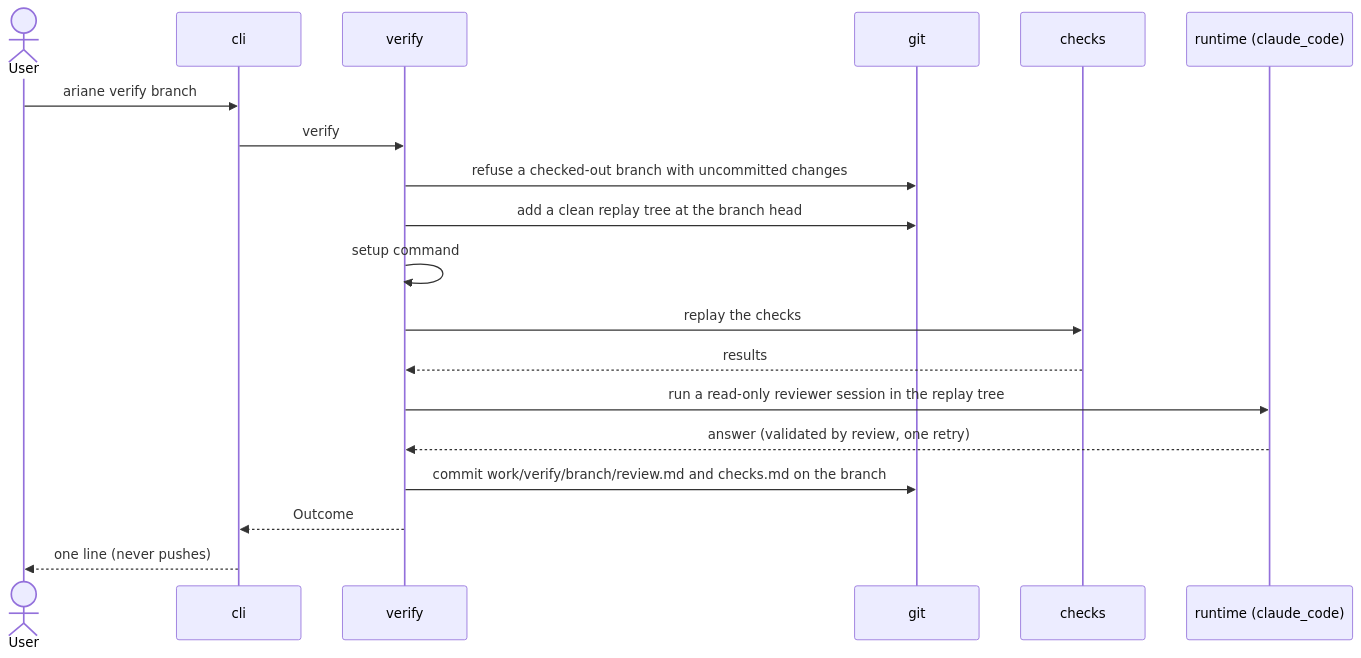
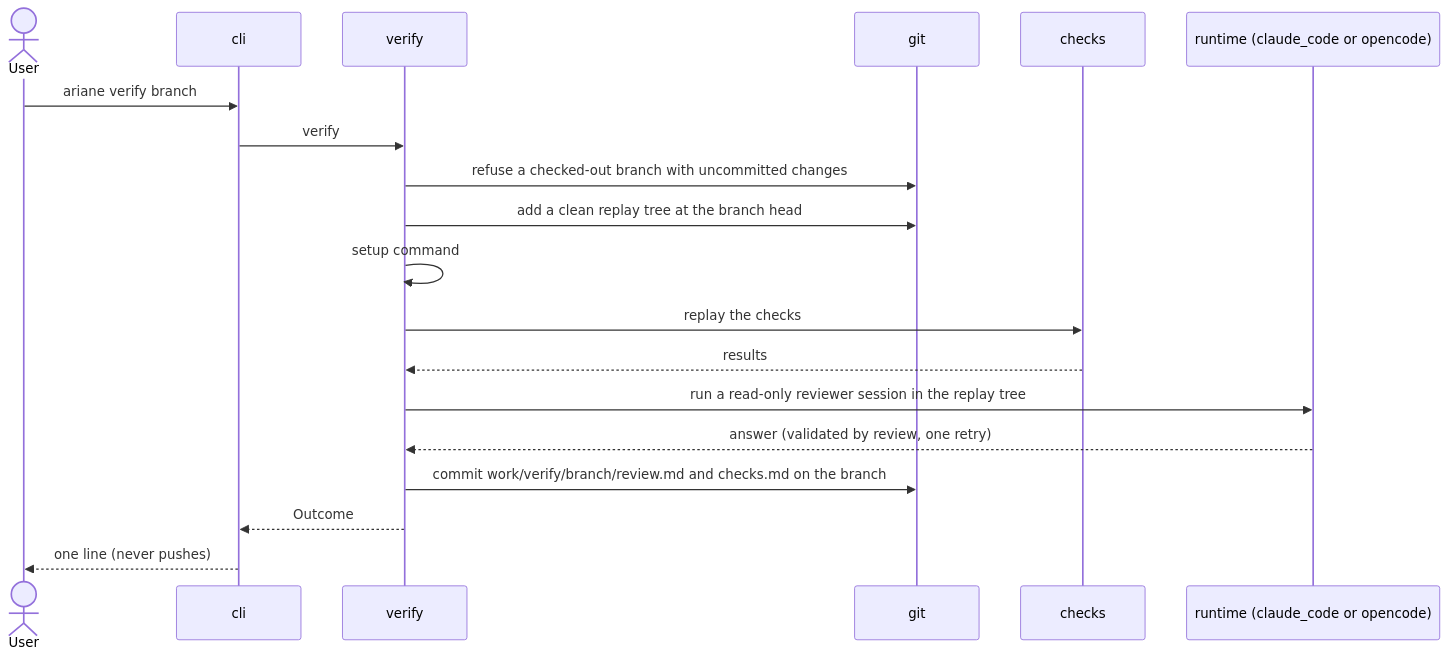
The third of 3 diagrams in docs/architecture/3-components.md (plaplanche/ariane), drawn with Mermaid before and after one commit. The commit also changed other lines of this file and 28 other files, not shown here.

````diff
--- a/docs/architecture/3-components.md
+++ b/docs/architecture/3-components.md
@@ -126,21 +131,21 @@
 ```mermaid
 sequenceDiagram
   actor U as User
   participant CLI as cli
   participant V as verify
   participant G as git
   participant C as checks
-  participant R as runtime (claude_code)
+  participant R as runtime (claude_code or opencode)
   U->>CLI: ariane verify branch
   CLI->>V: verify
   V->>G: refuse a checked-out branch with uncommitted changes
   V->>G: add a clean replay tree at the branch head
   V->>V: setup command
   V->>C: replay the checks
   C-->>V: results
   V->>R: run a read-only reviewer session in the replay tree
   R-->>V: answer (validated by review, one retry)
   V->>G: commit work/verify/branch/review.md and checks.md on the branch
   V-->>CLI: Outcome
   CLI-->>U: one line (never pushes)
 ```
````
